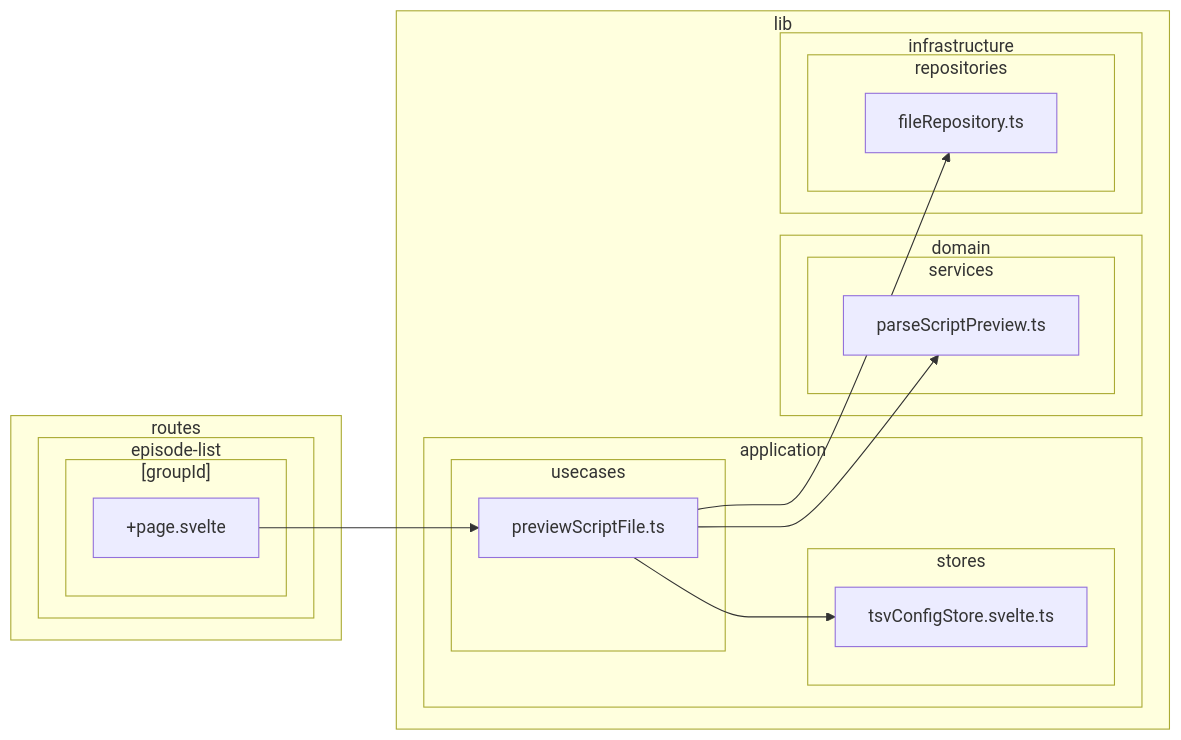
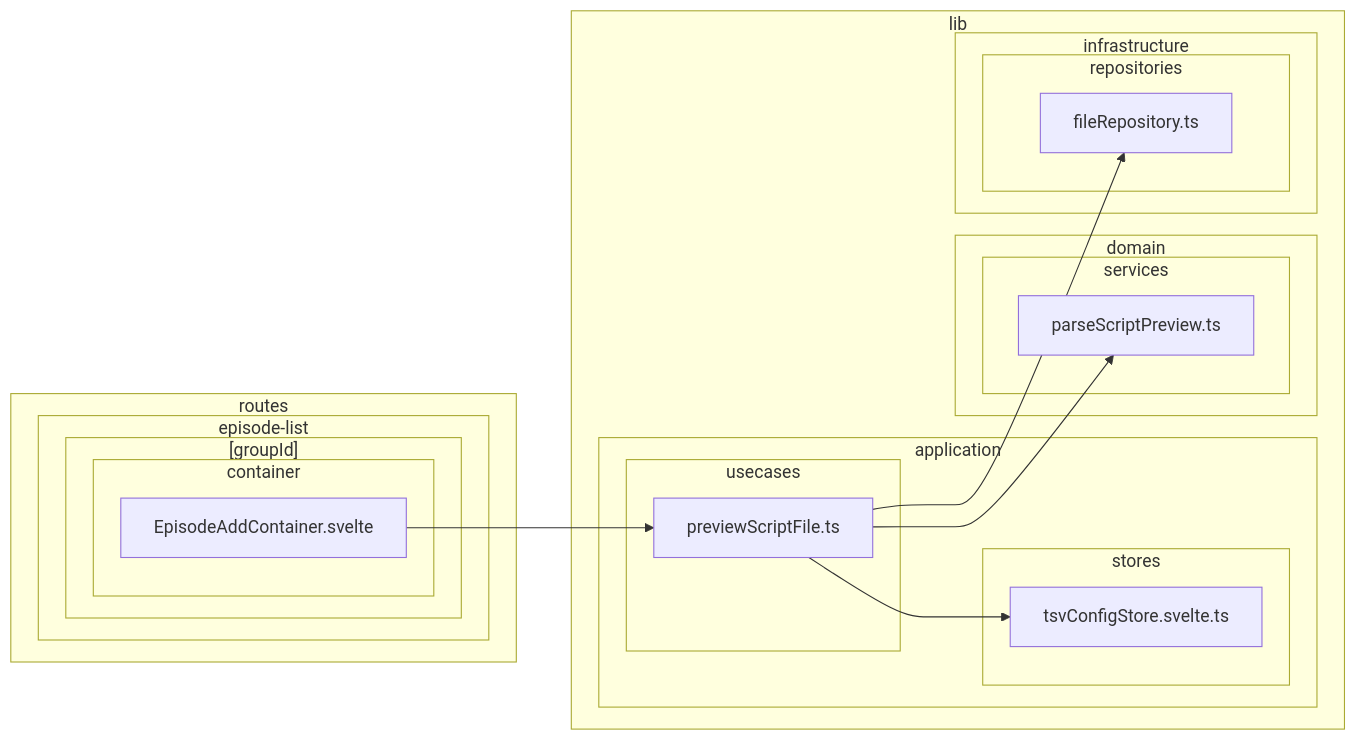
One commit to k5n/kotonoha changed diagram 29 of 38 in doc/dependency-graph.md. Above: the diagram before and after it, drawn with Mermaid. The commit also changed other lines of this file, not shown here.

Commit message:
doc: Update dependency-graph

````diff
--- a/doc/dependency-graph.md
+++ b/doc/dependency-graph.md
@@ -1260,34 +1280,36 @@
 ```mermaid
 graph LR
         subgraph sg_lib ["lib"]
             subgraph sg_lib_application ["application"]
                 subgraph sg_lib_application_stores ["stores"]
                     src_lib_application_stores_tsvConfigStore_svelte_ts["tsvConfigStore.svelte.ts"]
                 end
                 subgraph sg_lib_application_usecases ["usecases"]
                     src_lib_application_usecases_previewScriptFile_ts["previewScriptFile.ts"]
                 end
             end
             subgraph sg_lib_domain ["domain"]
                 subgraph sg_lib_domain_services ["services"]
                     src_lib_domain_services_parseScriptPreview_ts["parseScriptPreview.ts"]
                 end
             end
             subgraph sg_lib_infrastructure ["infrastructure"]
                 subgraph sg_lib_infrastructure_repositories ["repositories"]
                     src_lib_infrastructure_repositories_fileRepository_ts["fileRepository.ts"]
                 end
             end
         end
         subgraph sg_routes ["routes"]
             subgraph sg_routes_episode_list ["episode-list"]
                 subgraph sg_routes_episode_list__groupId_ ["[groupId]"]
-                    src_routes_episode_list__groupId___page_svelte["+page.svelte"]
+                    subgraph sg_routes_episode_list__groupId__container ["container"]
+                        src_routes_episode_list__groupId__container_EpisodeAddContainer_svelte["EpisodeAddContainer.svelte"]
+                    end
                 end
             end
         end
     src_lib_application_usecases_previewScriptFile_ts --> src_lib_application_stores_tsvConfigStore_svelte_ts
     src_lib_application_usecases_previewScriptFile_ts --> src_lib_domain_services_parseScriptPreview_ts
     src_lib_application_usecases_previewScriptFile_ts --> src_lib_infrastructure_repositories_fileRepository_ts
-    src_routes_episode_list__groupId___page_svelte --> src_lib_application_usecases_previewScriptFile_ts
+    src_routes_episode_list__groupId__container_EpisodeAddContainer_svelte --> src_lib_application_usecases_previewScriptFile_ts
 ```
````
